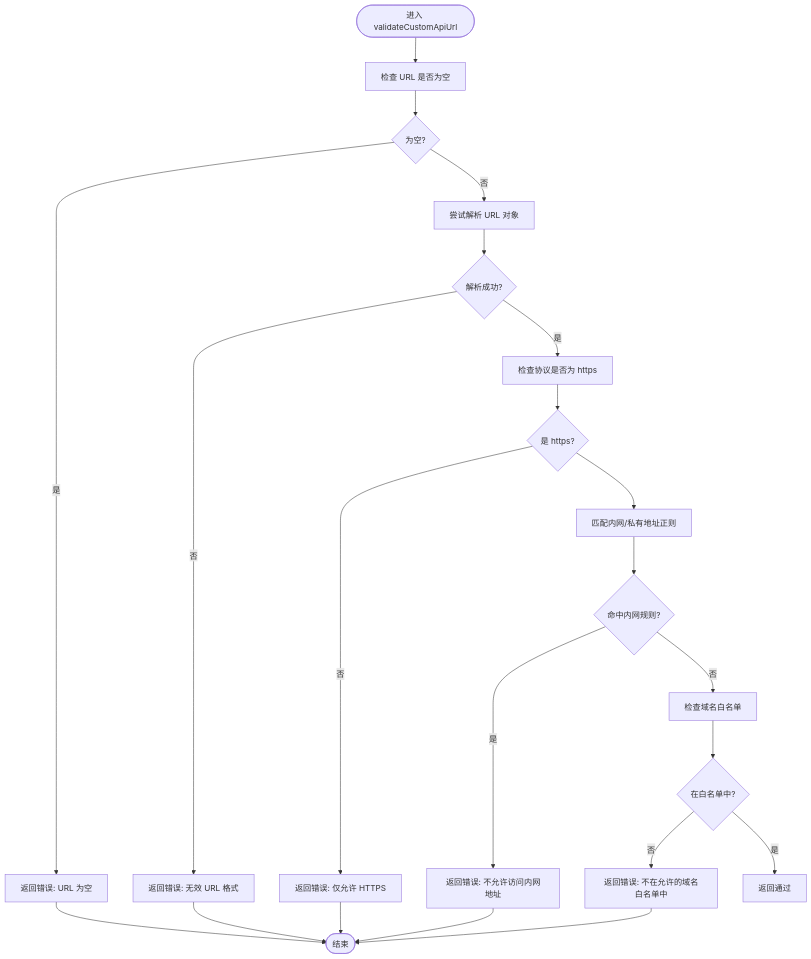
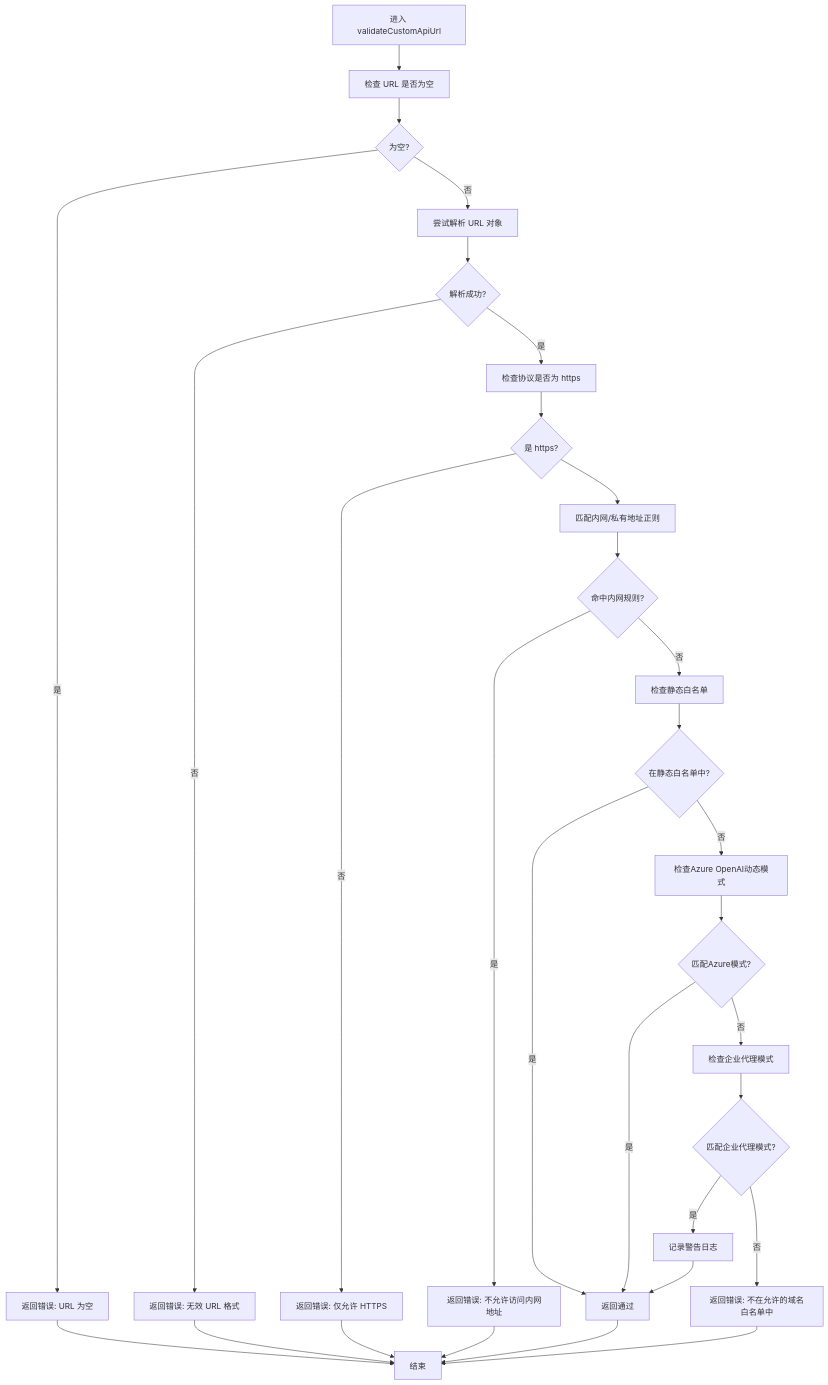
The third of 4 diagrams in .qoder/repowiki/zh/content/核心功能模块/AI对话系统/后端AI对话服务/API请求处理与安全校验.md (leonaiuv/PRDbot), drawn with Mermaid before and after one commit. The commit also changed other lines of this file and 10 other files, not shown here.

First line of the commit message:
feat(documentation): 添加Mermaid渲染器与AI功能文档

````diff
--- a/.qoder/repowiki/zh/content/核心功能模块/AI对话系统/后端AI对话服务/API请求处理与安全校验.md
+++ b/.qoder/repowiki/zh/content/核心功能模块/AI对话系统/后端AI对话服务/API请求处理与安全校验.md
@@ -163,20 +177,27 @@
 ```mermaid
 flowchart TD
-Start(["进入 validateCustomApiUrl"]) --> CheckEmpty["检查 URL 是否为空"]
+Start["进入 validateCustomApiUrl"] --> CheckEmpty["检查 URL 是否为空"]
 CheckEmpty --> Empty{"为空?"}
 Empty --> |是| ReturnEmpty["返回错误: URL 为空"] --> End
 Empty --> |否| ParseURL["尝试解析 URL 对象"]
 ParseURL --> ParseOK{"解析成功?"}
 ParseOK --> |否| ReturnInvalid["返回错误: 无效 URL 格式"] --> End
 ParseOK --> |是| CheckHTTPS["检查协议是否为 https"]
 CheckHTTPS --> HTTPSOK{"是 https?"}
 HTTPSOK --> |否| ReturnHTTPS["返回错误: 仅允许 HTTPS"] --> End
 HTTPSOK --> CheckPrivate["匹配内网/私有地址正则"]
 CheckPrivate --> Private{"命中内网规则?"}
 Private --> |是| ReturnPrivate["返回错误: 不允许访问内网地址"] --> End
-Private --> |否| CheckDomain["检查域名白名单"]
-CheckDomain --> Allowed{"在白名单中?"}
-Allowed --> |否| ReturnDomain["返回错误: 不在允许的域名白名单中"] --> End
-Allowed --> |是| ReturnOK["返回通过"]
-End(["结束"])
+Private --> |否| CheckStaticWhitelist["检查静态白名单"]
+CheckStaticWhitelist --> StaticAllowed{"在静态白名单中?"}
+StaticAllowed --> |是| ReturnOK["返回通过"]
+StaticAllowed --> |否| CheckAzure["检查Azure OpenAI动态模式"]
+CheckAzure --> AzureMatch{"匹配Azure模式?"}
+AzureMatch --> |是| ReturnOK
+AzureMatch --> |否| CheckEnterprise["检查企业代理模式"]
+CheckEnterprise --> EnterpriseMatch{"匹配企业代理模式?"}
+EnterpriseMatch --> |是| LogWarning["记录警告日志"] --> ReturnOK
+EnterpriseMatch --> |否| ReturnDomain["返回错误: 不在允许的域名白名单中"] --> End
+ReturnOK["返回通过"] --> End
+End["结束"]
 ```
````
